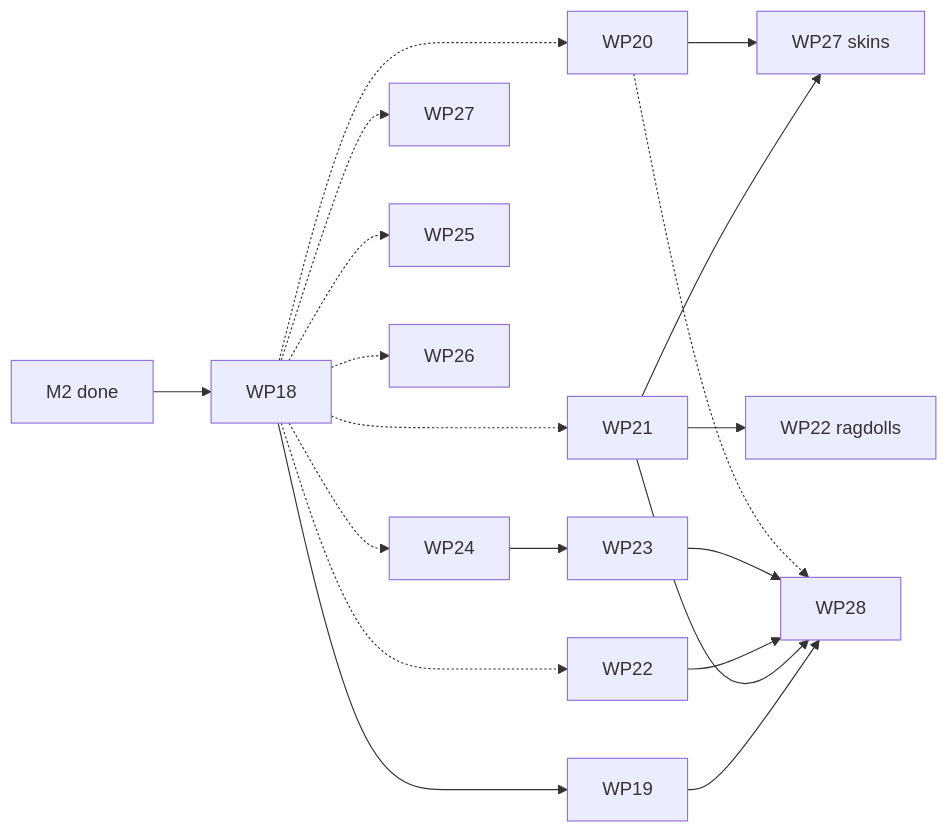
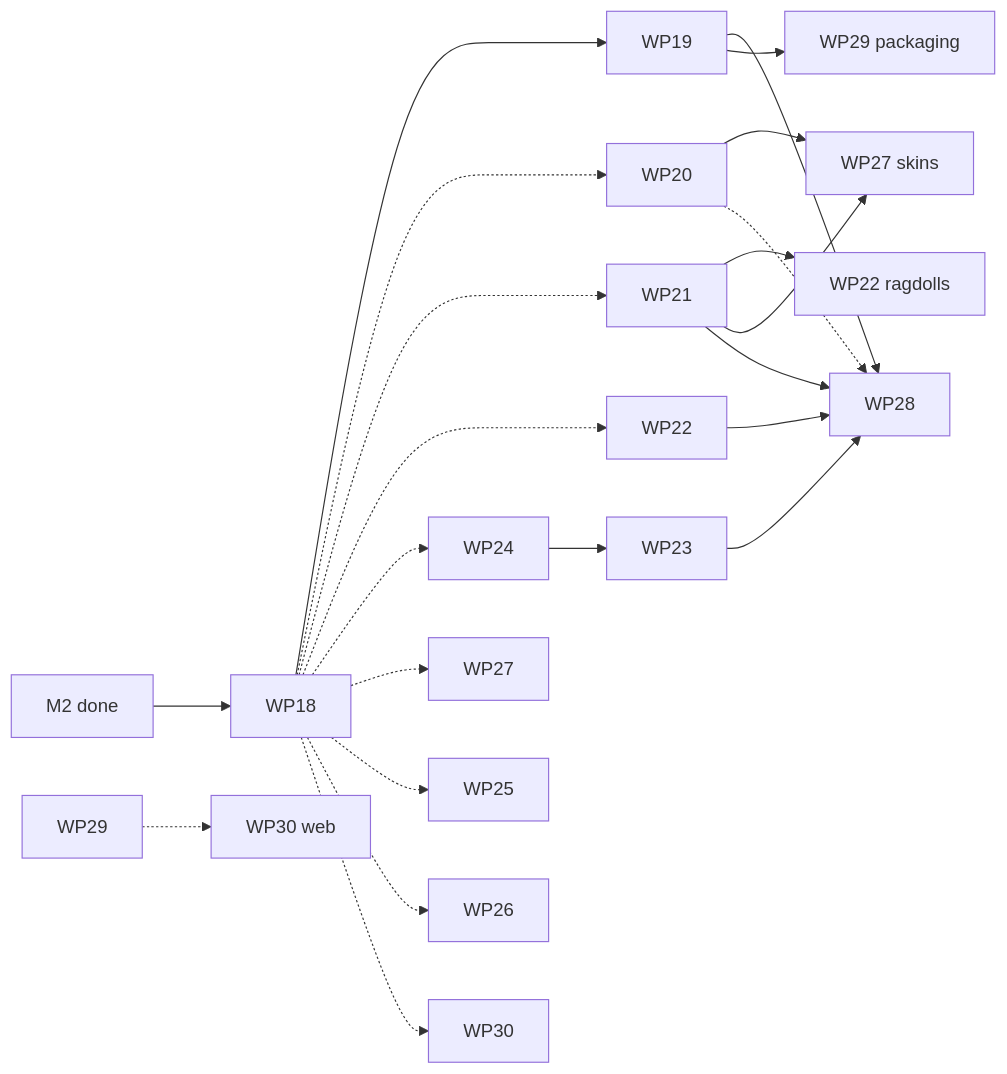
One commit to dullyontop/real-engine changed the diagram in docs/M3_PLAN.md. Above: the diagram before and after it, drawn with Mermaid. The commit also changed other lines of this file and 14 other files, not shown here.

````diff
--- a/docs/M3_PLAN.md
+++ b/docs/M3_PLAN.md
@@ -426,21 +491,24 @@
 ```mermaid
 graph LR
   M2[M2 done] --> WP18
   WP18 --> WP19
   WP18 -.-> WP20
   WP18 -.-> WP21
   WP18 -.-> WP22
   WP18 -.-> WP24
   WP18 -.-> WP27
   WP18 -.-> WP25
   WP18 -.-> WP26
   WP21 --> WP22r[WP22 ragdolls]
   WP21 --> WP27s[WP27 skins]
   WP20 --> WP27s
   WP24 --> WP23
   WP19 --> WP28
   WP21 --> WP28
   WP22 --> WP28
   WP23 --> WP28
   WP20 -.-> WP28
+  WP19 --> WP29p[WP29 packaging]
+  WP18 -.-> WP30
+  WP29 -.-> WP30w[WP30 web]
 ```
````
